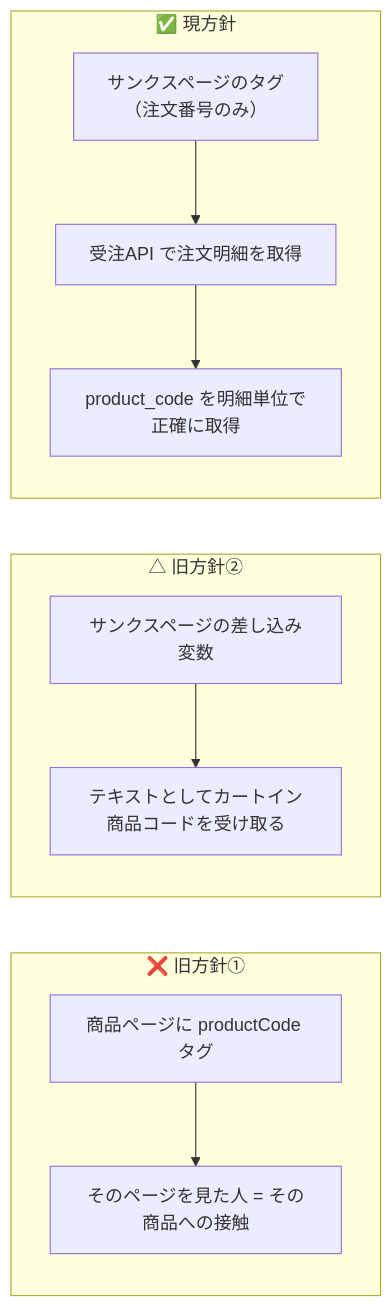
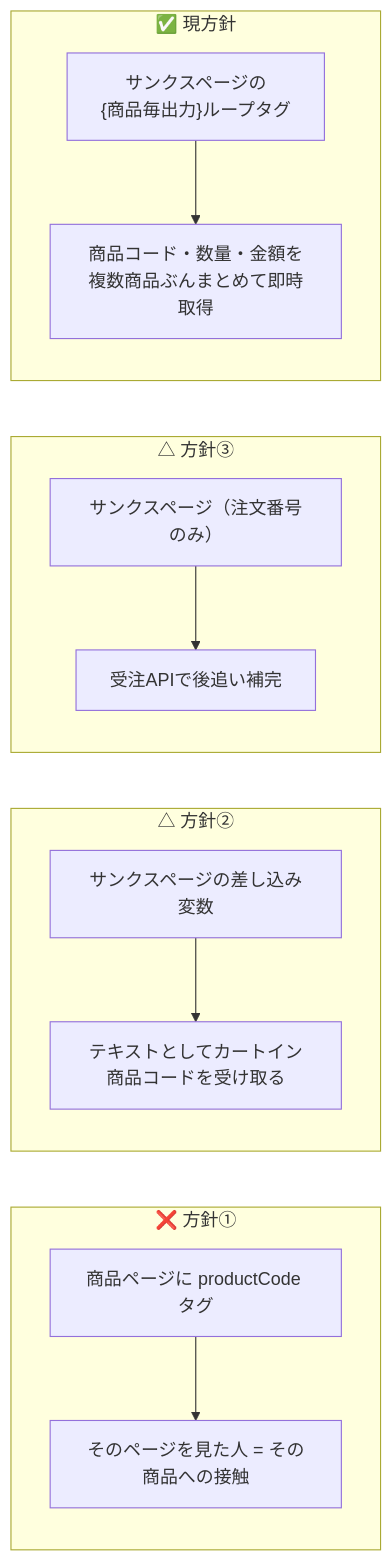
Before and after one commit to t-kamiya-lgtm/popup: the third of 3 diagrams in docs/09-cart-integration.md, drawn with Mermaid. The commit also changed other lines of this file and 7 other files, not shown here.

````diff
--- a/docs/09-cart-integration.md
+++ b/docs/09-cart-integration.md
@@ -357,12 +361,15 @@
 ```mermaid
 flowchart LR
-  subgraph OLD1["❌ 旧方針①"]
+  subgraph OLD1["❌ 方針①"]
     A1["商品ページに productCode タグ"] --> A2["そのページを見た人 = その商品への接触"]
   end
-  subgraph OLD2["△ 旧方針②"]
+  subgraph OLD2["△ 方針②"]
     B1["サンクスページの差し込み変数"] --> B2["テキストとしてカートイン商品コードを受け取る"]
   end
+  subgraph OLD3["△ 方針③"]
+    C1["サンクスページ（注文番号のみ）"] --> C2["受注APIで後追い補完"]
+  end
   subgraph NEW["✅ 現方針"]
-    C1["サンクスページのタグ<br/>（注文番号のみ）"] --> C2["受注API で注文明細を取得"] --> C3["product_code を明細単位で正確に取得"]
+    D1["サンクスページの<br/>{商品毎出力}ループタグ"] --> D2["商品コード・数量・金額を<br/>複数商品ぶんまとめて即時取得"]
   end
 ```
````
